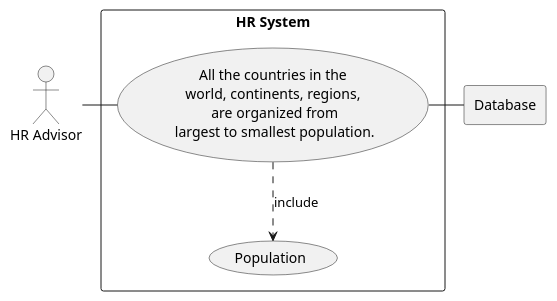
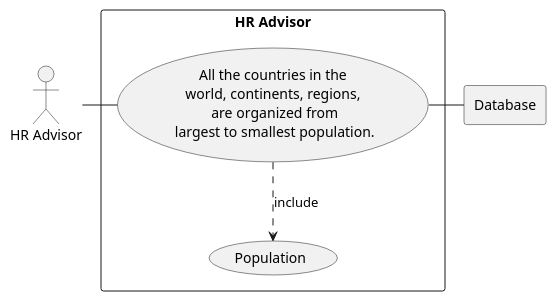
Before and after one commit to SE-G-16/seMethod: the diagram in use-cases/1.Countries organized by size.puml, drawn with PlantUML. The commit also changed 4 other files, not shown here.

Commit message:
updated the use cases and diagrams

```diff
--- a/use-cases/1.Countries organized by size.puml
+++ b/use-cases/1.Countries organized by size.puml
@@ -3,21 +3,21 @@
 @startuml
 
 actor HR as "HR Advisor"
 
 rectangle Database
 
-rectangle "HR System" {
+rectangle "HR Advisor" {
     usecase UC1 as "All the countries in the
     world, continents, regions,
      are organized from
      largest to smallest population.
     "
 
     usecase UCa as "Population"
 
     HR - UC1
     UC1 ..> UCa : include
     UC1 - Database
 }
 
 @enduml
```
